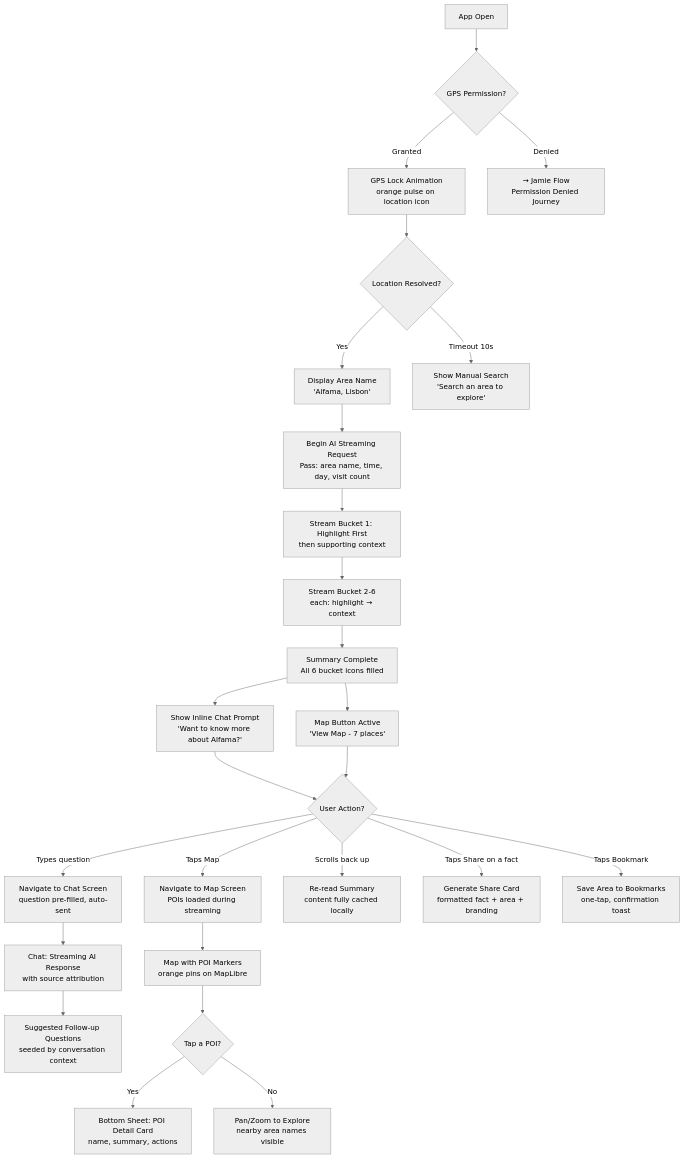
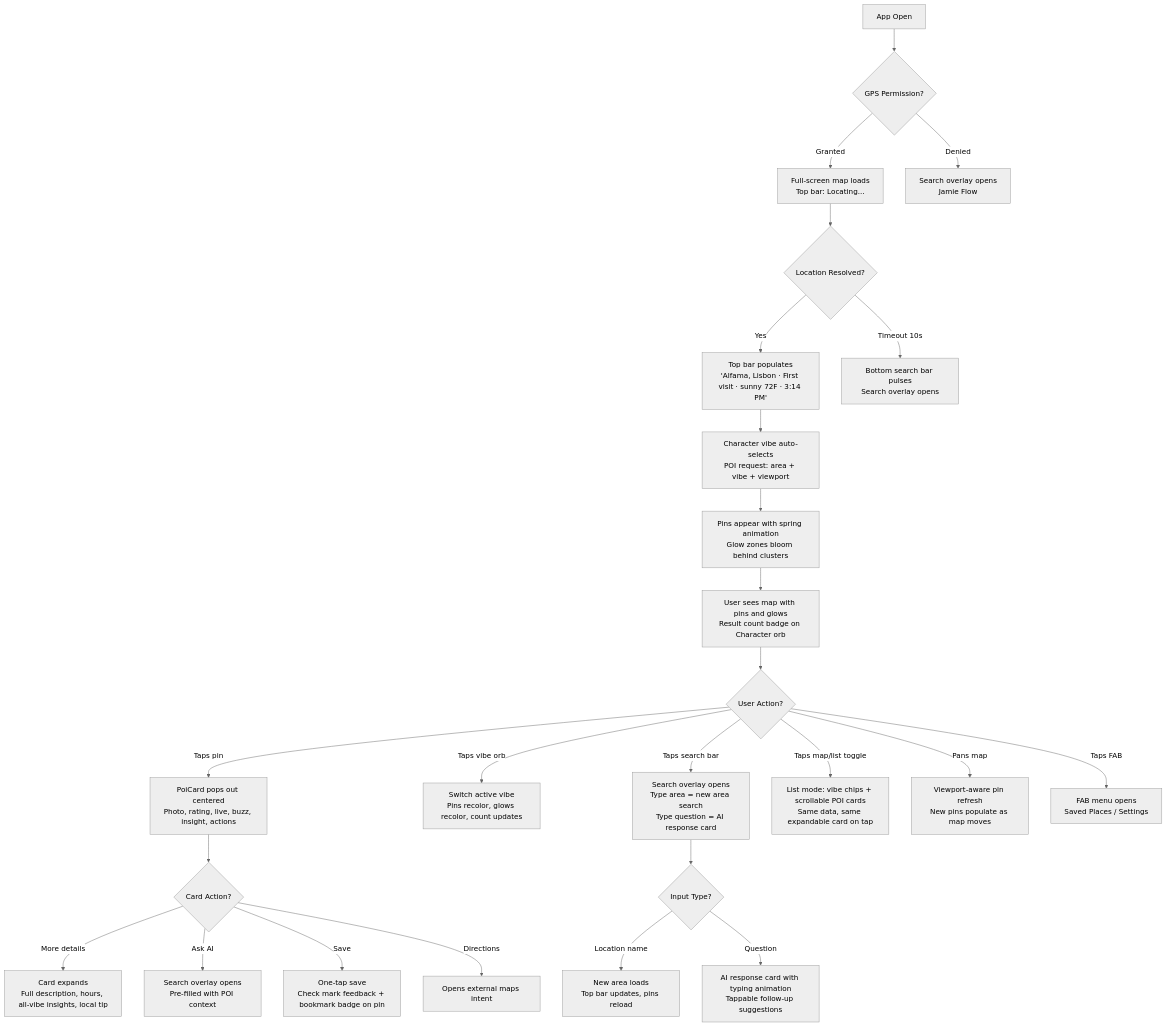
The first of 3 diagrams in _bmad-output/planning-artifacts/ux-design-specification.md (Asif000/harazone-app), drawn with Mermaid (neutral theme) before and after one commit. The commit also changed other lines of this file and 91 other files, not shown here.

First line of the commit message:
V3 Full-Screen Map: replace multi-screen architecture with single map surface

````diff
--- a/_bmad-output/planning-artifacts/ux-design-specification.md
+++ b/_bmad-output/planning-artifacts/ux-design-specification.md
@@ -642,31 +699,30 @@
 ```mermaid
 flowchart TD
     A[App Open] --> B{GPS Permission?}
-    B -->|Granted| C[GPS Lock Animation\norange pulse on location icon]
-    B -->|Denied| J[→ Jamie Flow\nPermission Denied Journey]
+    B -->|Granted| C[Full-screen map loads\nTop bar: Locating...]
+    B -->|Denied| J[Search overlay opens\nJamie Flow]
     C --> D{Location Resolved?}
-    D -->|Yes| E[Display Area Name\n'Alfama, Lisbon']
-    D -->|Timeout 10s| F[Show Manual Search\n'Search an area to explore']
-    E --> G[Begin AI Streaming Request\nPass: area name, time, day, visit count]
-    G --> H[Stream Bucket 1: Highlight First\nthen supporting context]
-    H --> I[Stream Bucket 2-6\neach: highlight → context]
-    I --> K[Summary Complete\nAll 6 bucket icons filled]
-    K --> L[Show Inline Chat Prompt\n'Want to know more about Alfama?']
-    K --> M[Map Button Active\n'View Map - 7 places']
+    D -->|Yes| E[Top bar populates\n'Alfama, Lisbon · First visit · sunny 72F · 3:14 PM']
+    D -->|Timeout 10s| F[Bottom search bar pulses\nSearch overlay opens]
+    E --> G[Character vibe auto-selects\nPOI request: area + vibe + viewport]
+    G --> H[Pins appear with spring animation\nGlow zones bloom behind clusters]
+    H --> I[User sees map with pins and glows\nResult count badge on Character orb]
 
-    L --> N{User Action?}
-    M --> N
-    N -->|Types question| O[Navigate to Chat Screen\nquestion pre-filled, auto-sent]
-    N -->|Taps Map| P[Navigate to Map Screen\nPOIs loaded during streaming]
-    N -->|Scrolls back up| Q[Re-read Summary\ncontent fully cached locally]
-    N -->|Taps Share on a fact| R[Generate Share Card\nformatted fact + area + branding]
-    N -->|Taps Bookmark| S[Save Area to Bookmarks\none-tap, confirmation toast]
+    I --> N{User Action?}
+    N -->|Taps pin| O[PoiCard pops out centered\nPhoto, rating, live, buzz, insight, actions]
+    N -->|Taps vibe orb| P[Switch active vibe\nPins recolor, glows recolor, count updates]
+    N -->|Taps search bar| Q[Search overlay opens\nType area = new area search\nType question = AI response card]
+    N -->|Taps map/list toggle| R[List mode: vibe chips + scrollable POI cards\nSame data, same expandable card on tap]
+    N -->|Pans map| S[Viewport-aware pin refresh\nNew pins populate as map moves]
+    N -->|Taps FAB| T[FAB menu opens\nSaved Places / Settings]
 
-    O --> T[Chat: Streaming AI Response\nwith source attribution]
-    T --> U[Suggested Follow-up Questions\nseeded by conversation context]
+    O --> U{Card Action?}
+    U -->|More details| V[Card expands\nFull description, hours, all-vibe insights, local tip]
+    U -->|Ask AI| W[Search overlay opens\nPre-filled with POI context]
+    U -->|Save| X[One-tap save\nCheck mark feedback + bookmark badge on pin]
+    U -->|Directions| Y[Opens external maps intent]
 
-    P --> V[Map with POI Markers\norange pins on MapLibre]
-    V --> W{Tap a POI?}
-    W -->|Yes| X[Bottom Sheet: POI Detail Card\nname, summary, actions]
-    W -->|No| Y[Pan/Zoom to Explore\nnearby area names visible]
+    Q --> Z{Input Type?}
+    Z -->|Location name| AA[New area loads\nTop bar updates, pins reload]
+    Z -->|Question| BB[AI response card with typing animation\nTappable follow-up suggestions]
 ```
````
